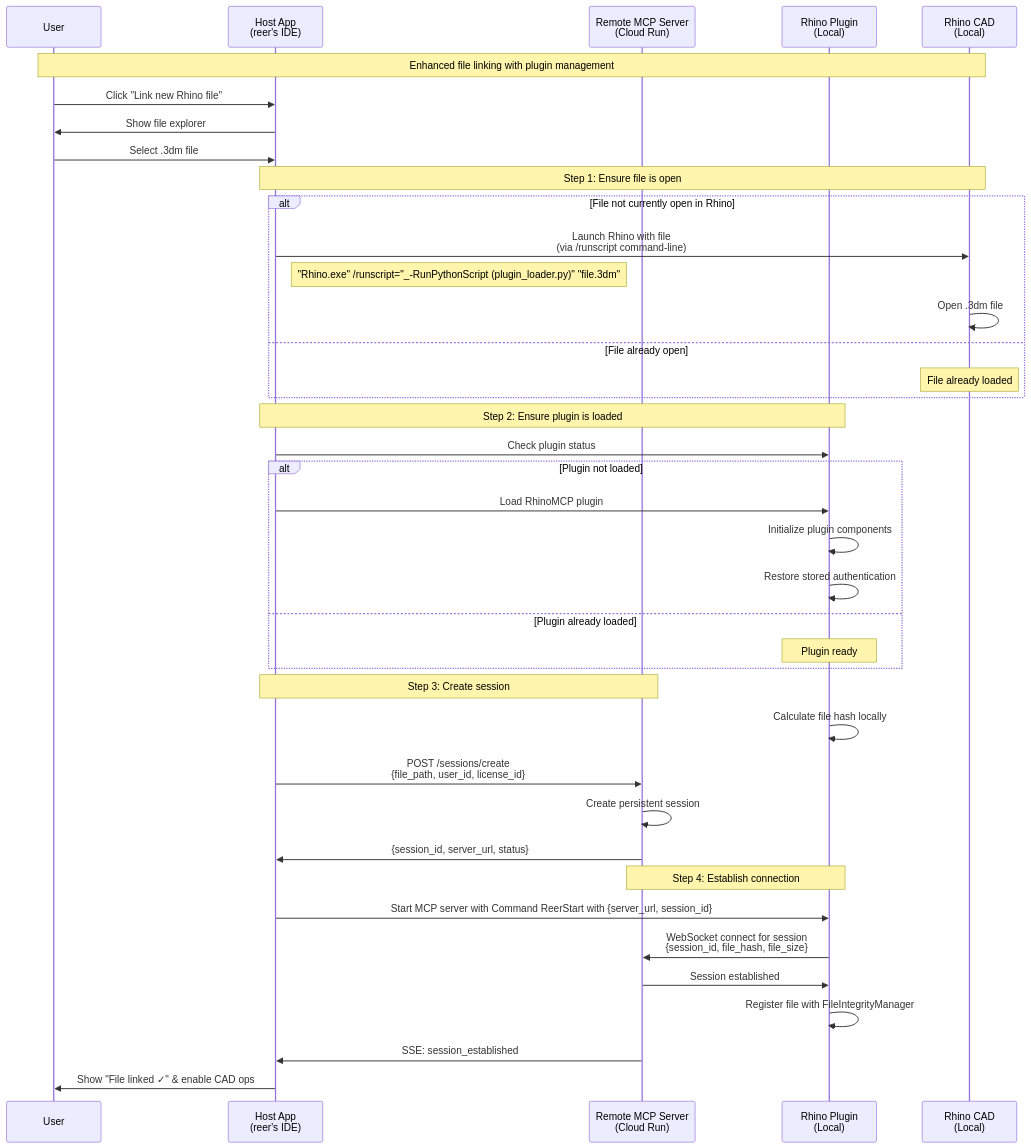
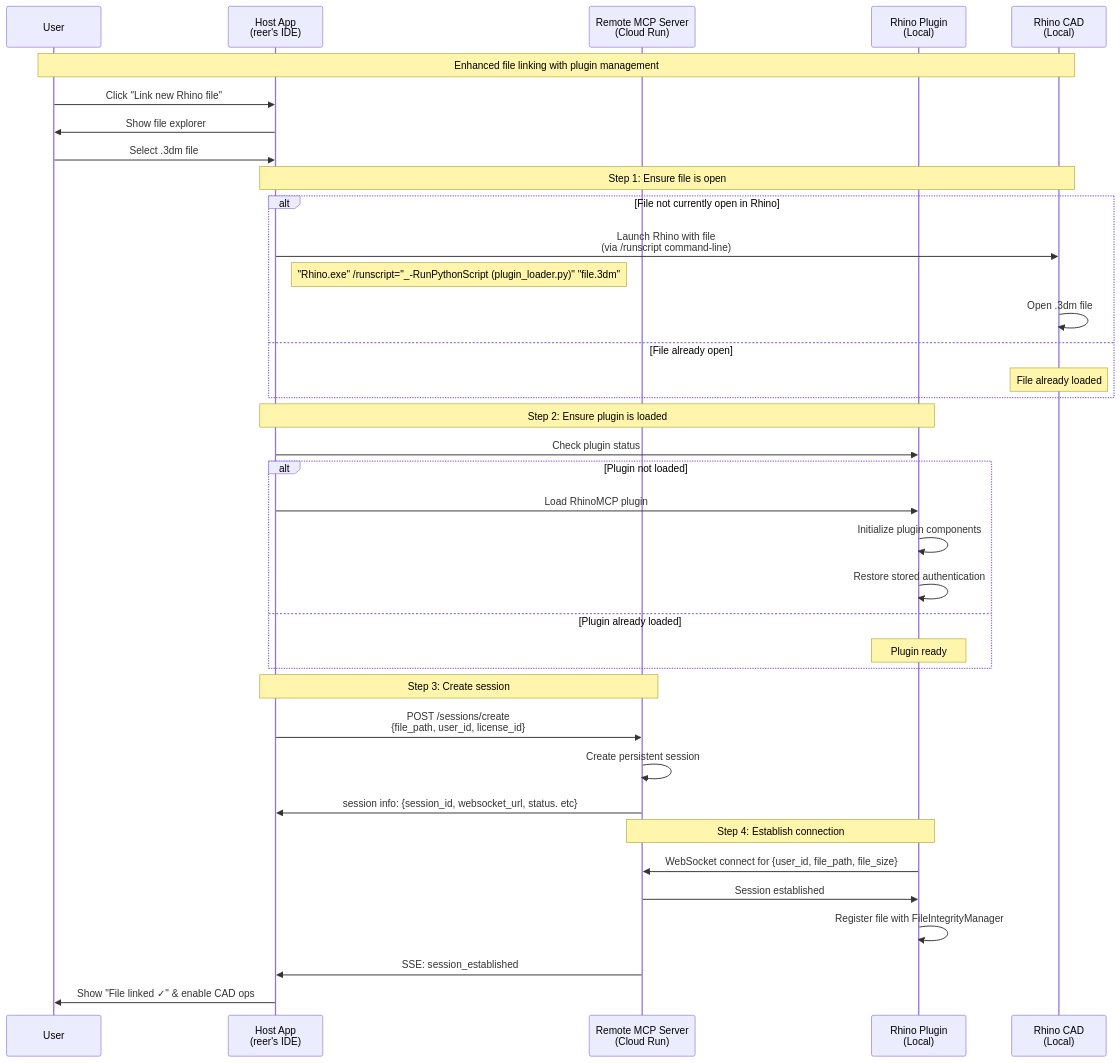
The second of 4 diagrams in docs/architecture.md (reer-ide/rhino_mcp_remote), drawn with Mermaid before and after one commit. The commit also changed other lines of this file and 24 other files, not shown here.

````diff
--- a/docs/architecture.md
+++ b/docs/architecture.md
@@ -102,48 +102,46 @@
 ```mermaid
 sequenceDiagram
     participant User
     participant HostApp as Host App<br/>(reer's IDE)
     participant RemoteServer as Remote MCP Server<br/>(Cloud Run)
     participant RhinoPlugin as Rhino Plugin<br/>(Local)
     participant RhinoCAD as Rhino CAD<br/>(Local)
     
     Note over User,RhinoCAD: Enhanced file linking with plugin management
     
     User->>HostApp: Click "Link new Rhino file"
     HostApp->>User: Show file explorer
     User->>HostApp: Select .3dm file
     
     Note over HostApp,RhinoCAD: Step 1: Ensure file is open
     alt File not currently open in Rhino
         HostApp->>RhinoCAD: Launch Rhino with file<br/>(via /runscript command-line)
         Note right of HostApp: "Rhino.exe" /runscript="_-RunPythonScript (plugin_loader.py)" "file.3dm"
         RhinoCAD->>RhinoCAD: Open .3dm file
     else File already open
         Note over RhinoCAD: File already loaded
     end
     
     Note over HostApp,RhinoPlugin: Step 2: Ensure plugin is loaded
     HostApp->>RhinoPlugin: Check plugin status
     alt Plugin not loaded
         HostApp->>RhinoPlugin: Load RhinoMCP plugin
         RhinoPlugin->>RhinoPlugin: Initialize plugin components
         RhinoPlugin->>RhinoPlugin: Restore stored authentication
     else Plugin already loaded
         Note over RhinoPlugin: Plugin ready
     end
     
     Note over HostApp,RemoteServer: Step 3: Create session
-    RhinoPlugin->>RhinoPlugin: Calculate file hash locally
     HostApp->>RemoteServer: POST /sessions/create<br/>{file_path, user_id, license_id}
     RemoteServer->>RemoteServer: Create persistent session
-    RemoteServer->>HostApp: {session_id, server_url, status}
+    RemoteServer->>HostApp: session info: {session_id, websocket_url, status. etc}
     
     Note over RhinoPlugin,RemoteServer: Step 4: Establish connection
-    HostApp->>RhinoPlugin: Start MCP server with Command ReerStart with {server_url, session_id}
-    RhinoPlugin->>RemoteServer: WebSocket connect for session<br/>{session_id, file_hash, file_size}
+    RhinoPlugin->>RemoteServer: WebSocket connect for {user_id, file_path, file_size}
     RemoteServer->>RhinoPlugin: Session established
     RhinoPlugin->>RhinoPlugin: Register file with FileIntegrityManager
     
     RemoteServer->>HostApp: SSE: session_established
     HostApp->>User: Show "File linked ✓" & enable CAD ops
 ```
````
